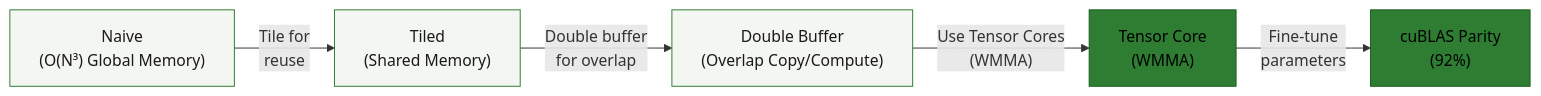
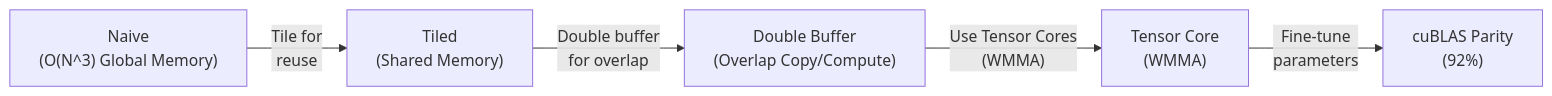
The second of 5 diagrams in docs/en/whitepaper/architecture.md (LessUp/modern-ai-kernels), drawn with Mermaid before and after one commit. The commit also changed other lines of this file and 47 other files, not shown here.

````diff
--- a/docs/en/whitepaper/architecture.md
+++ b/docs/en/whitepaper/architecture.md
@@ -102,19 +101,13 @@
 ```mermaid
 flowchart LR
-    A["Naive<br/>(O(N³) Global Memory)"]
+    A["Naive<br/>(O(N^3) Global Memory)"]
     B["Tiled<br/>(Shared Memory)"]
     C["Double Buffer<br/>(Overlap Copy/Compute)"]
     D["Tensor Core<br/>(WMMA)"]
     E["cuBLAS Parity<br/>(92%)"]
 
     A -->|"Tile for<br/>reuse"| B
     B -->|"Double buffer<br/>for overlap"| C
     C -->|"Use Tensor Cores<br/>(WMMA)"| D
     D -->|"Fine-tune<br/>parameters"| E
-
-    style A fill:#F4F7F1,stroke:#2E7D32,color:#1A1A1A
-    style B fill:#F4F7F1,stroke:#2E7D32,color:#1A1A1A
-    style C fill:#F4F7F1,stroke:#2E7D32,color:#1A1A1A
-    style D fill:#2E7D32,stroke:#1B5E20,color:#000
-    style E fill:#2E7D32,stroke:#1B5E20,color:#000
 ```
````
